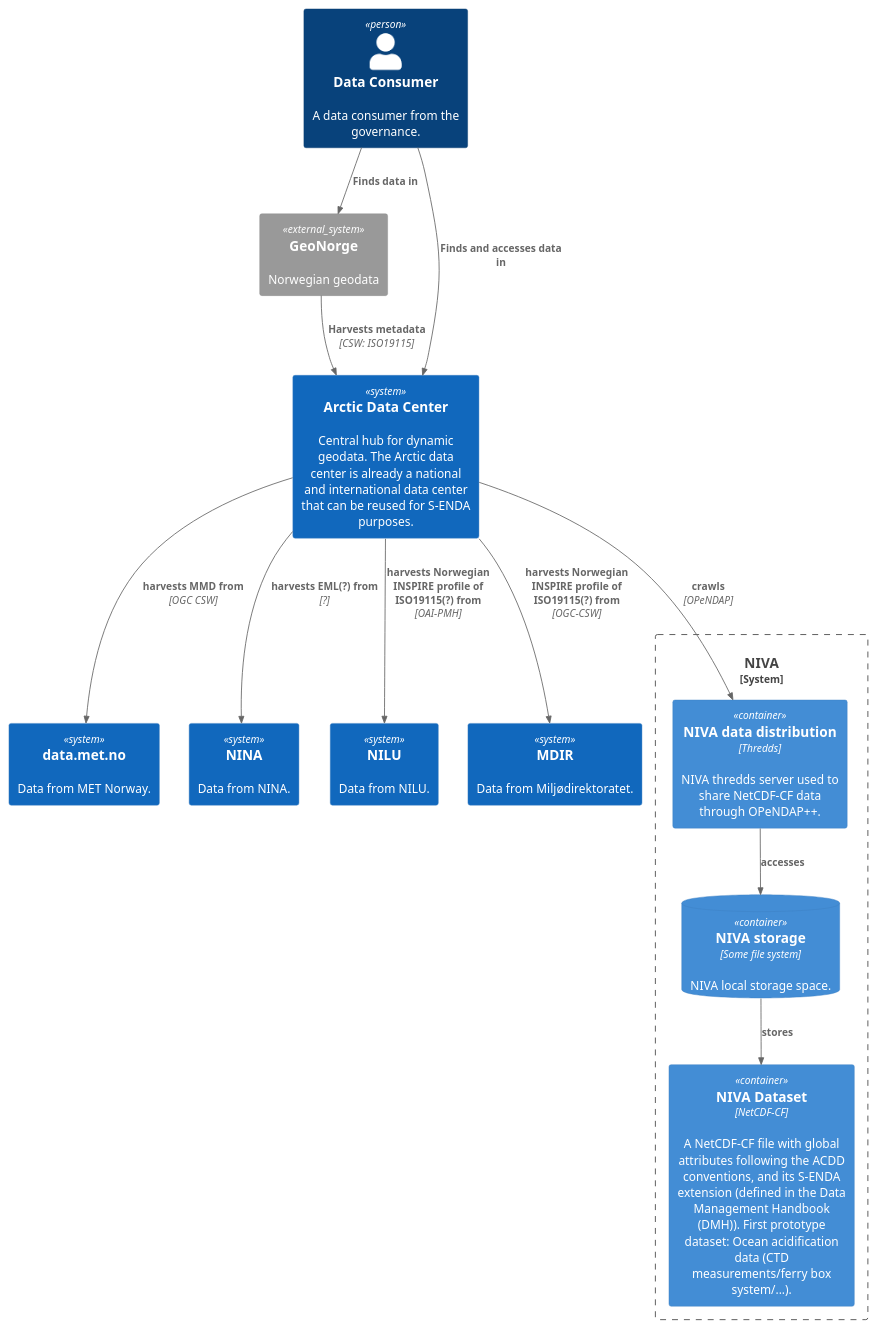
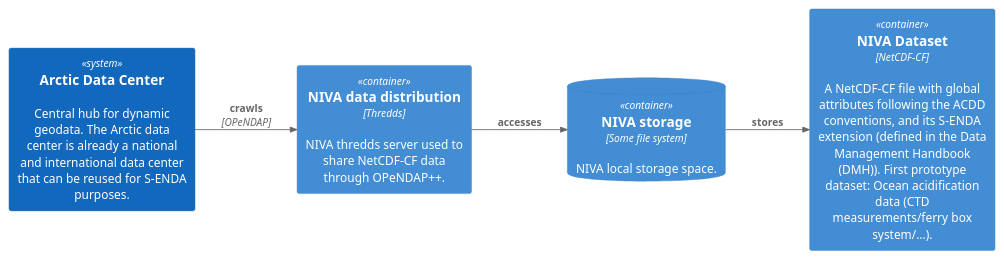
One commit to metno/S-ENDA-documentation changed the diagram in source/puml/architecture/niva_container_diagram.puml. Above: the diagram before and after it, drawn with PlantUML. The commit also changed 1 other file, not shown here.

```diff
--- a/source/puml/architecture/niva_container_diagram.puml
+++ b/source/puml/architecture/niva_container_diagram.puml
@@ -1,39 +1,19 @@
 @startuml niva-container-diagram
 !include https://raw.githubusercontent.com/plantuml-stdlib/C4-PlantUML/master/C4_Container.puml
 
-LAYOUT_TOP_DOWN()
-'LAYOUT_LEFT_RIGHT()
-
-Person(consumers, "Data Consumer", "A data consumer from the governance.")
-
-System_Ext(geonorge, "GeoNorge", "Norwegian geodata")
+'LAYOUT_TOP_DOWN()
+LAYOUT_LEFT_RIGHT()
 
 System(adc, "Arctic Data Center", "Central hub for dynamic geodata. The Arctic data center is already a national and international data center that can be reused for S-ENDA purposes.")
 
-System(met, "data.met.no", "Data from MET Norway.")
-System(nina, "NINA", "Data from NINA.")
-System(nilu, "NILU", "Data from NILU.")
-
-System_Boundary(niva, "NIVA"){
-  Container(dataset, "NIVA Dataset", "NetCDF-CF", "A NetCDF-CF file with global attributes following the ACDD conventions, and its S-ENDA extension (defined in the Data Management Handbook (DMH)). First prototype dataset: Ocean acidification data (CTD measurements/ferry box system/...).")
-  ContainerDb(fileserver, "NIVA storage", "Some file system", "NIVA local storage space.")
-  Container(thredds, "NIVA data distribution", "Thredds", "NIVA thredds server used to share NetCDF-CF data through OPeNDAP++.")
-}
-
-System(mdir, "MDIR", "Data from Miljødirektoratet.")
-
-Rel(consumers, geonorge, "Finds data in")
-Rel(consumers, adc, "Finds and accesses data in")
-Rel(geonorge, adc, "Harvests metadata", "CSW: ISO19115")
-Rel(adc, met, "harvests MMD from", "OGC CSW")
-Rel(adc, nina, "harvests EML(?) from", "?")
-Rel(adc, nilu, "harvests Norwegian INSPIRE profile of ISO19115(?) from", "OAI-PMH")
-Rel(adc, mdir, "harvests Norwegian INSPIRE profile of ISO19115(?) from", "OGC-CSW")
+Container(dataset, "NIVA Dataset", "NetCDF-CF", "A NetCDF-CF file with global attributes following the ACDD conventions, and its S-ENDA extension (defined in the Data Management Handbook (DMH)). First prototype dataset: Ocean acidification data (CTD measurements/ferry box system/...).")
+ContainerDb(fileserver, "NIVA storage", "Some file system", "NIVA local storage space.")
+Container(thredds, "NIVA data distribution", "Thredds", "NIVA thredds server used to share NetCDF-CF data through OPeNDAP++.")
 
 Rel(adc, thredds, "crawls", "OPeNDAP")
 Rel(thredds, fileserver, "accesses")
 Rel(fileserver, dataset, "stores")
 
 
 
 @enduml
```
